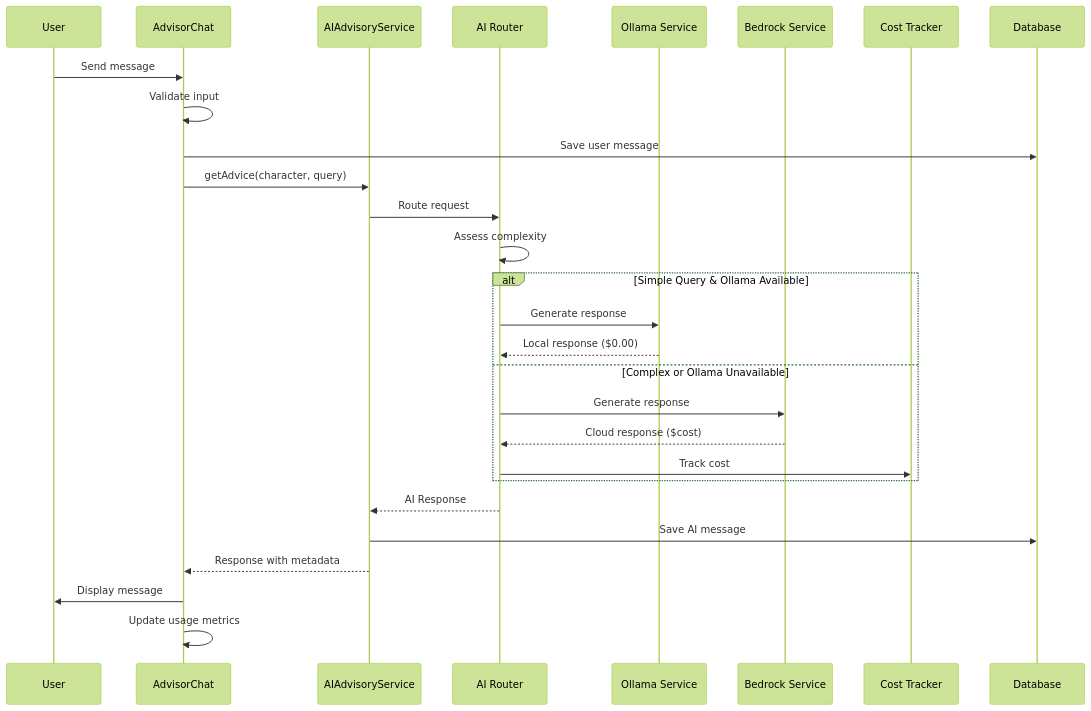
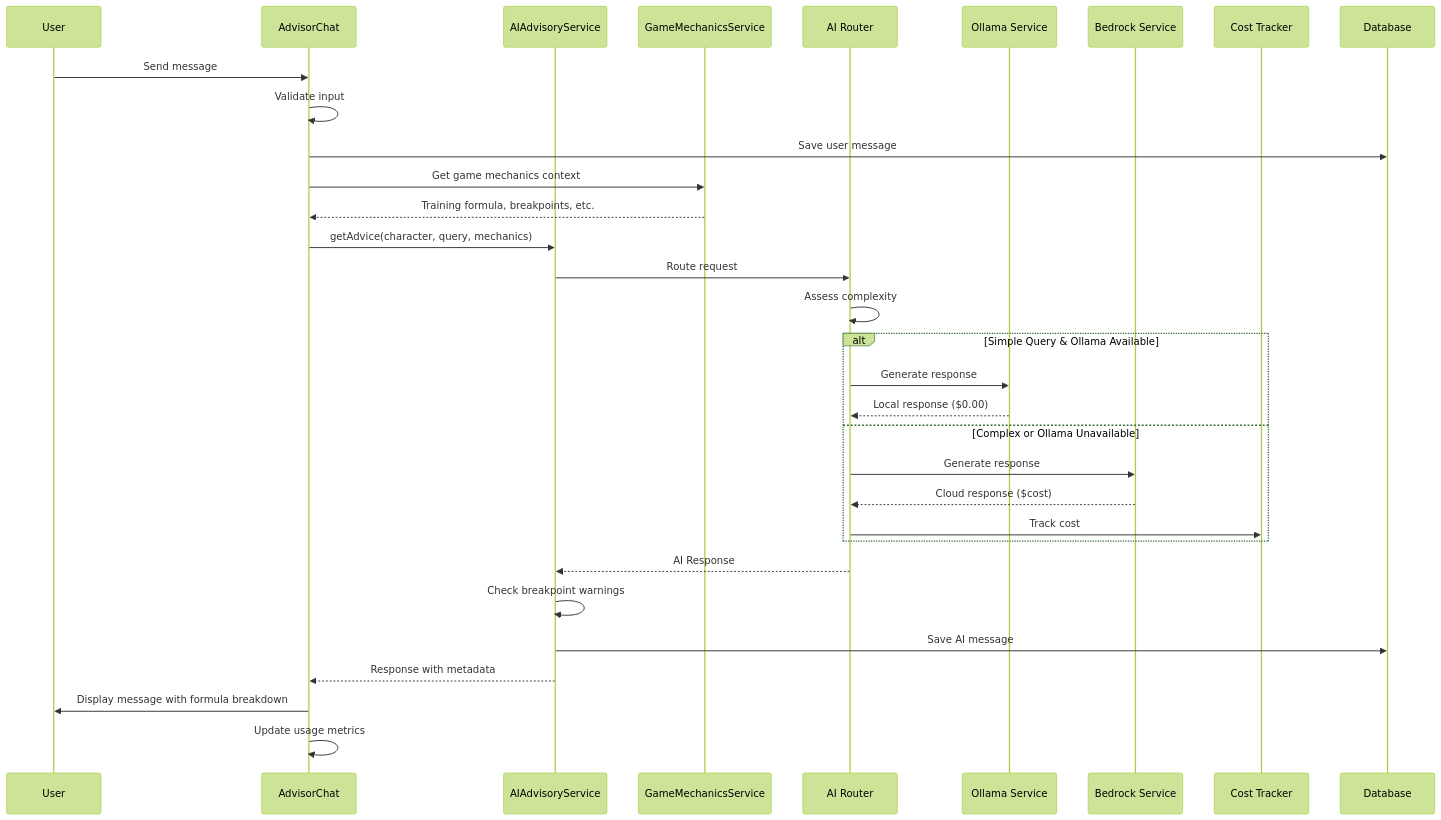
The first of 4 diagrams in docs/01-wireframes/WF-012_AI_Advisor_Interface.md (exatfrds67/umamusume-career-planner), drawn with Mermaid (forest theme) before and after one commit. The commit also changed other lines of this file and 313 other files, not shown here.

````diff
--- a/docs/01-wireframes/WF-012_AI_Advisor_Interface.md
+++ b/docs/01-wireframes/WF-012_AI_Advisor_Interface.md
@@ -751,33 +1126,37 @@
 ```mermaid
 sequenceDiagram
     participant User
     participant Chat as AdvisorChat
     participant AIService as AIAdvisoryService
+    participant Mechanics as GameMechanicsService
     participant Router as AI Router
     participant Ollama as Ollama Service
     participant Bedrock as Bedrock Service
     participant Tracker as Cost Tracker
     participant DB as Database
-    
+
     User->>Chat: Send message
     Chat->>Chat: Validate input
     Chat->>DB: Save user message
-    Chat->>AIService: getAdvice(character, query)
+    Chat->>Mechanics: Get game mechanics context
+    Mechanics-->>Chat: Training formula, breakpoints, etc.
+    Chat->>AIService: getAdvice(character, query, mechanics)
     AIService->>Router: Route request
-    
+
     Router->>Router: Assess complexity
     alt Simple Query & Ollama Available
         Router->>Ollama: Generate response
         Ollama-->>Router: Local response ($0.00)
     else Complex or Ollama Unavailable
         Router->>Bedrock: Generate response
         Bedrock-->>Router: Cloud response ($cost)
         Router->>Tracker: Track cost
     end
-    
+
     Router-->>AIService: AI Response
+    AIService->>AIService: Check breakpoint warnings
     AIService->>DB: Save AI message
     AIService-->>Chat: Response with metadata
-    Chat->>User: Display message
+    Chat->>User: Display message with formula breakdown
     Chat->>Chat: Update usage metrics
 ```
````
